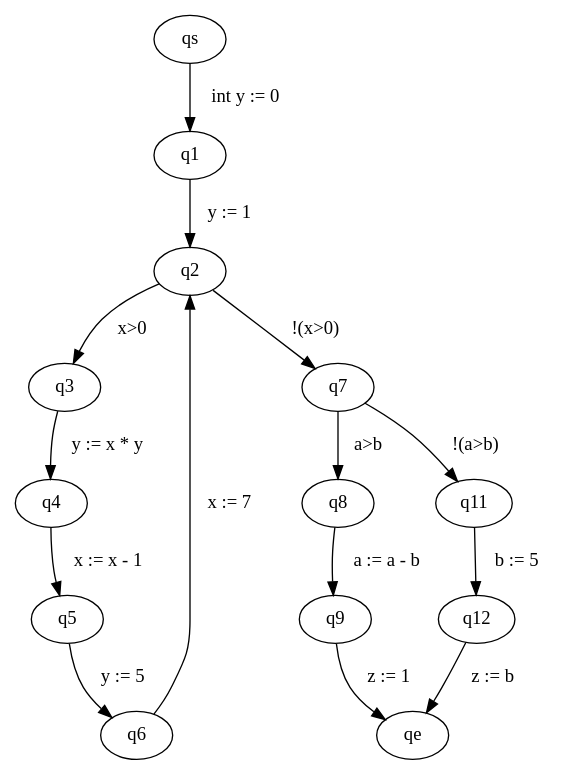
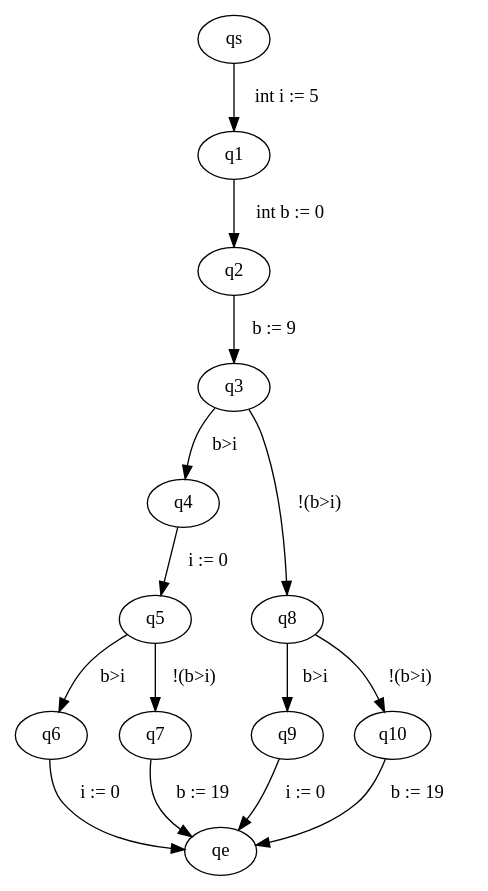
Before and after one commit to FloKes/ProgramAnalysis: the diagram in src/main/java/graphviz/input.dot, drawn with Graphviz. The commit also changed 4 other files, not shown here.

```diff
--- a/src/main/java/graphviz/input.dot
+++ b/src/main/java/graphviz/input.dot
@@ -1,16 +1,16 @@
 digraph ProgramGraph{
-"qs" -> "q1" [label="  int y := 0   "] 
-"q1" -> "q2" [label="  y := 1   "] 
-"q2" -> "q3" [label="  x>0   "] 
-"q2" -> "q7" [label="  !(x>0)   "] 
-"q3" -> "q4" [label="  y := x * y   "] 
-"q4" -> "q5" [label="  x := x - 1   "] 
-"q5" -> "q6" [label="  y := 5   "] 
-"q6" -> "q2" [label="  x := 7   "] 
-"q7" -> "q8" [label="  a>b   "] 
-"q7" -> "q11" [label="  !(a>b)   "] 
-"q8" -> "q9" [label="  a := a - b   "] 
-"q9" -> "qe" [label="  z := 1   "] 
-"q11" -> "q12" [label="  b := 5   "] 
-"q12" -> "qe" [label="  z := b   "] 
+"qs" -> "q1" [label="  int i := 5   "] 
+"q1" -> "q2" [label="  int b := 0   "] 
+"q2" -> "q3" [label="  b := 9   "] 
+"q3" -> "q4" [label="  b>i   "] 
+"q3" -> "q8" [label="  !(b>i)   "] 
+"q4" -> "q5" [label="  i := 0   "] 
+"q5" -> "q6" [label="  b>i   "] 
+"q5" -> "q7" [label="  !(b>i)   "] 
+"q6" -> "qe" [label="  i := 0   "] 
+"q7" -> "qe" [label="  b := 19   "] 
+"q8" -> "q9" [label="  b>i   "] 
+"q8" -> "q10" [label="  !(b>i)   "] 
+"q9" -> "qe" [label="  i := 0   "] 
+"q10" -> "qe" [label="  b := 19   "] 
 }
```
